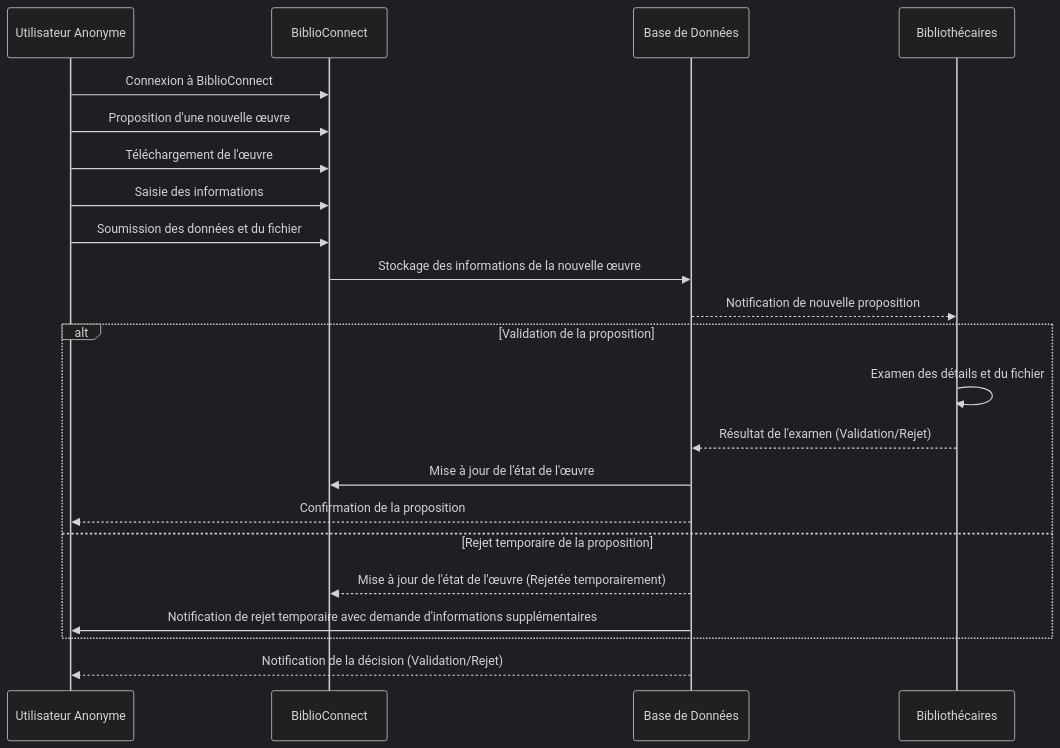
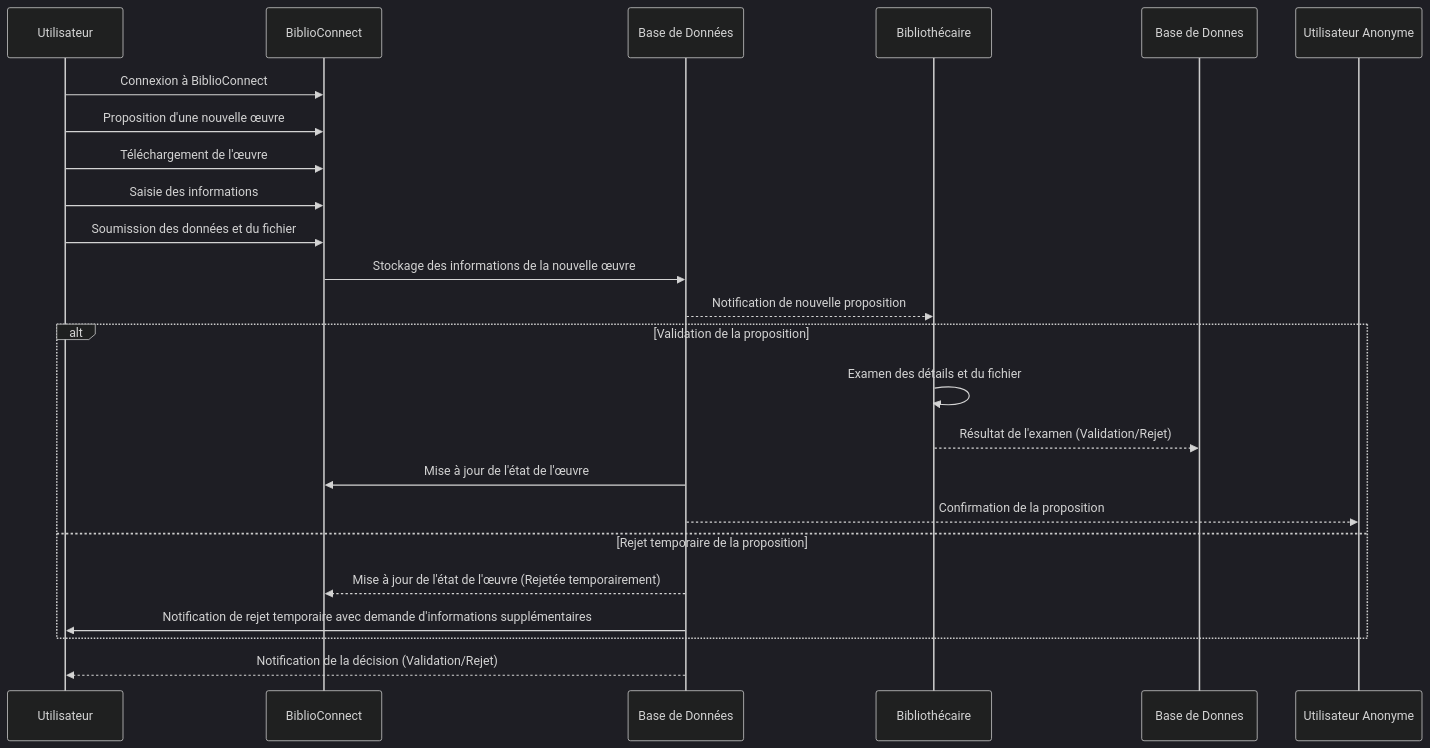
The second of 2 diagrams in Scenarios/S1/S1.md (nico30so/codemasters), drawn with Mermaid (dark theme) before and after one commit. The commit also changed other lines of this file, not shown here.

````diff
--- a/Scenarios/S1/S1.md
+++ b/Scenarios/S1/S1.md
@@ -33,28 +52,28 @@
 ```mermaid
 sequenceDiagram
-    participant Utilisateur Anonyme
+    participant Utilisateur
     participant BiblioConnect
     participant Base de Données
-    participant Bibliothécaires
+    participant Bibliothécaire
 
-    Utilisateur Anonyme ->> BiblioConnect: Connexion à BiblioConnect
-    Utilisateur Anonyme ->> BiblioConnect: Proposition d'une nouvelle œuvre
-    Utilisateur Anonyme ->> BiblioConnect: Téléchargement de l'œuvre
-    Utilisateur Anonyme ->> BiblioConnect: Saisie des informations
-    Utilisateur Anonyme ->> BiblioConnect: Soumission des données et du fichier
+    Utilisateur  ->> BiblioConnect: Connexion à BiblioConnect
+    Utilisateur  ->> BiblioConnect: Proposition d'une nouvelle œuvre
+    Utilisateur  ->> BiblioConnect: Téléchargement de l'œuvre
+    Utilisateur  ->> BiblioConnect: Saisie des informations
+    Utilisateur  ->> BiblioConnect: Soumission des données et du fichier
     BiblioConnect ->> Base de Données: Stockage des informations de la nouvelle œuvre
-    Base de Données -->> Bibliothécaires: Notification de nouvelle proposition
+    Base de Données -->> Bibliothécaire: Notification de nouvelle proposition
 
     alt Validation de la proposition
-        Bibliothécaires ->> Bibliothécaires: Examen des détails et du fichier
-        Bibliothécaires -->> Base de Données: Résultat de l'examen (Validation/Rejet)
+        Bibliothécaire ->> Bibliothécaire: Examen des détails et du fichier
+        Bibliothécaire -->> Base de Donnes: Résultat de l'examen (Validation/Rejet)
         Base de Données ->> BiblioConnect: Mise à jour de l'état de l'œuvre
         Base de Données -->> Utilisateur Anonyme: Confirmation de la proposition
     else Rejet temporaire de la proposition
         Base de Données -->> BiblioConnect: Mise à jour de l'état de l'œuvre (Rejetée temporairement)
-        Base de Données ->> Utilisateur Anonyme: Notification de rejet temporaire avec demande d'informations supplémentaires
+        Base de Données ->> Utilisateur : Notification de rejet temporaire avec demande d'informations supplémentaires
     end
-    Base de Données -->> Utilisateur Anonyme: Notification de la décision (Validation/Rejet)
+    Base de Données -->> Utilisateur : Notification de la décision (Validation/Rejet)
 
 
 ```
````
